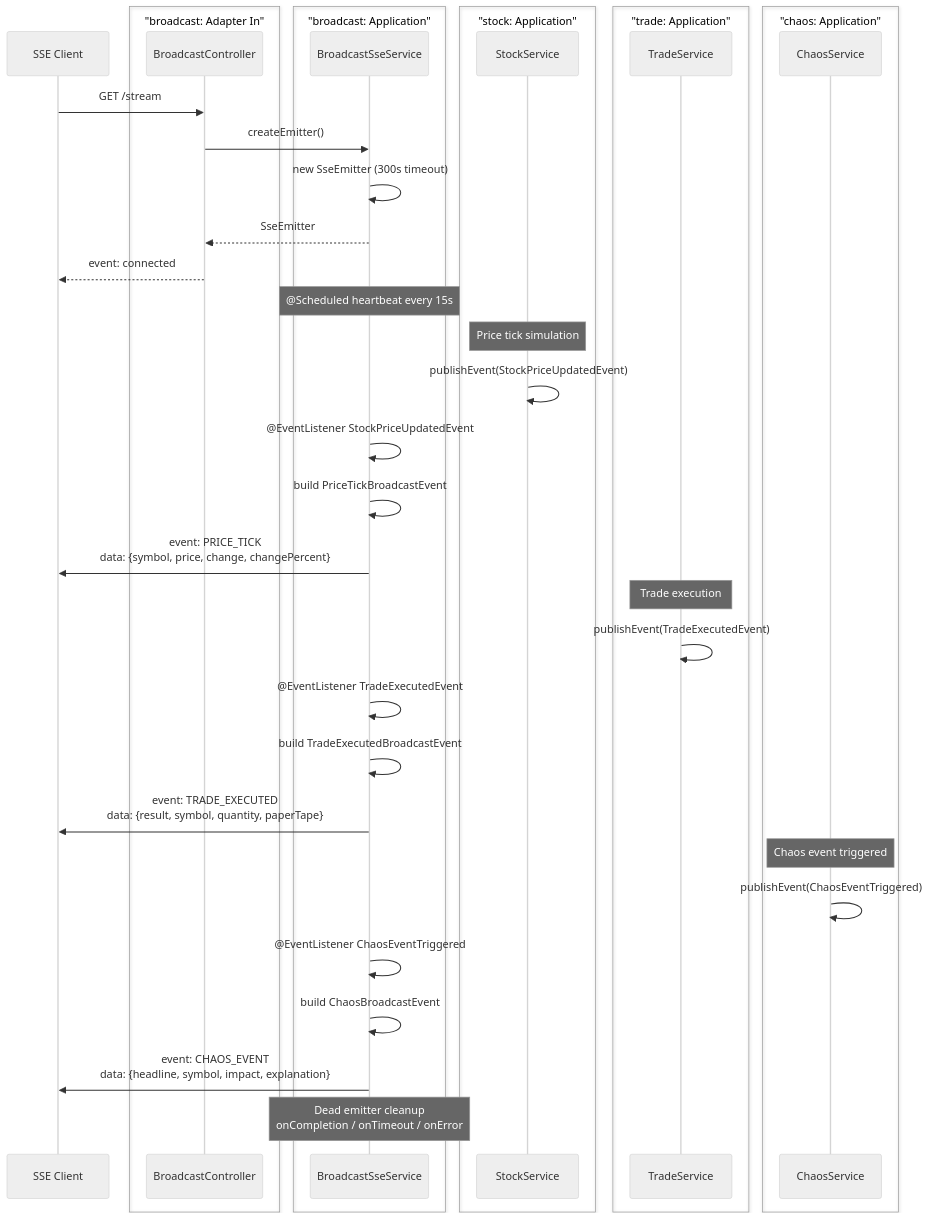
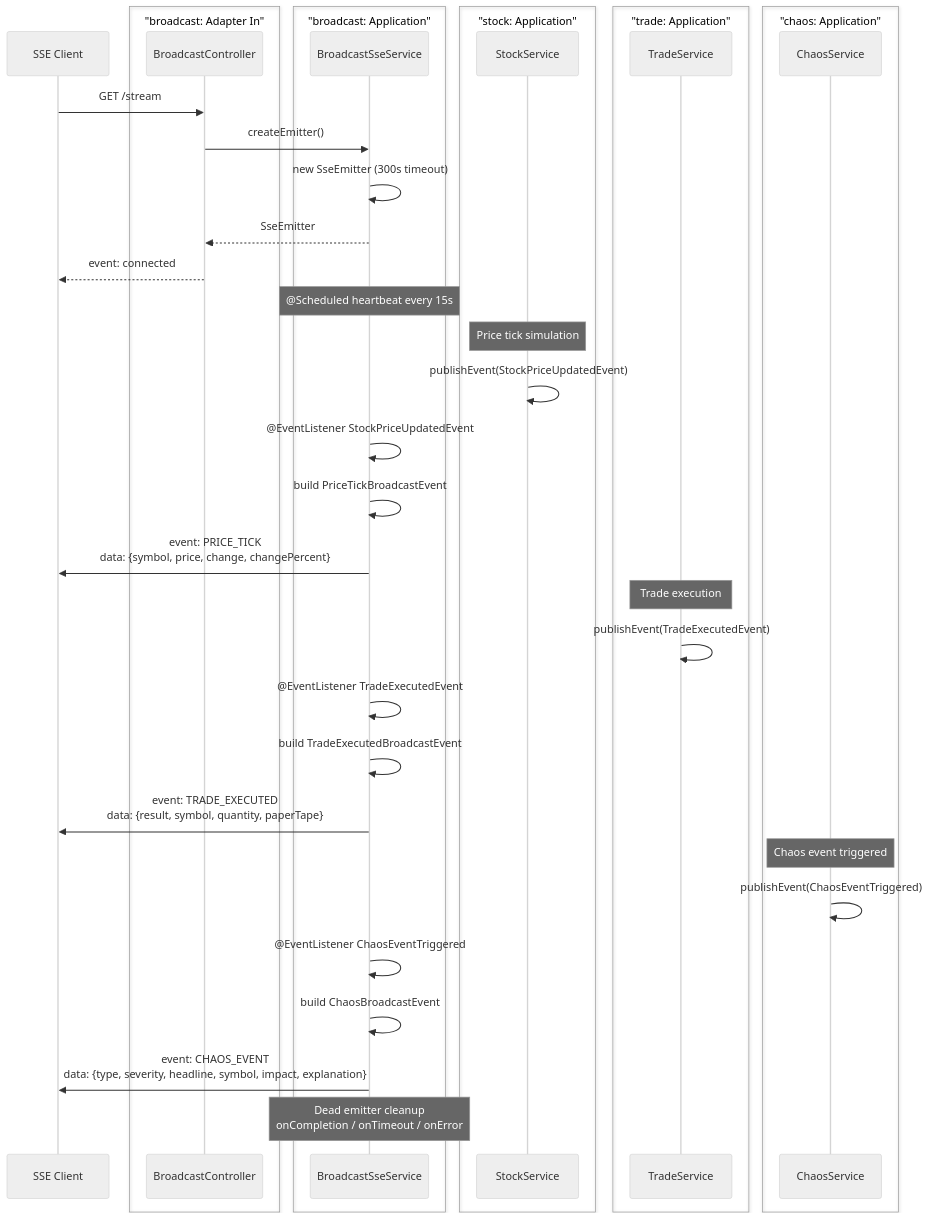
Before and after one commit to franBec/stonks-simulator: diagram 14 of 22 in stonks_java/README.md, drawn with Mermaid (neutral theme). The commit also changed other lines of this file, not shown here.

First line of the commit message:
docs: sync E2E flow diagrams with chaos event API changes

````diff
--- a/stonks_java/README.md
+++ b/stonks_java/README.md
@@ -712,47 +714,47 @@
 ```mermaid
 sequenceDiagram
     participant Client as SSE Client
     box "broadcast: Adapter In"
     participant BC as BroadcastController
     end
     box "broadcast: Application"
     participant BS as BroadcastSseService
     end
     box "stock: Application"
     participant SS as StockService
     end
     box "trade: Application"
     participant TS as TradeService
     end
     box "chaos: Application"
     participant CS as ChaosService
     end
 
     Client->>BC: GET /stream
     BC->>BS: createEmitter()
     BS->>BS: new SseEmitter (300s timeout)
     BS-->>BC: SseEmitter
     BC-->>Client: event: connected
 
     Note over BS: @Scheduled heartbeat every 15s
 
     Note over SS: Price tick simulation
     SS->>SS: publishEvent(StockPriceUpdatedEvent)
     BS->>BS: @EventListener StockPriceUpdatedEvent
     BS->>BS: build PriceTickBroadcastEvent
     BS->>Client: event: PRICE_TICK<br/>data: {symbol, price, change, changePercent}
 
     Note over TS: Trade execution
     TS->>TS: publishEvent(TradeExecutedEvent)
     BS->>BS: @EventListener TradeExecutedEvent
     BS->>BS: build TradeExecutedBroadcastEvent
     BS->>Client: event: TRADE_EXECUTED<br/>data: {result, symbol, quantity, paperTape}
 
     Note over CS: Chaos event triggered
     CS->>CS: publishEvent(ChaosEventTriggered)
     BS->>BS: @EventListener ChaosEventTriggered
     BS->>BS: build ChaosBroadcastEvent
-    BS->>Client: event: CHAOS_EVENT<br/>data: {headline, symbol, impact, explanation}
+    BS->>Client: event: CHAOS_EVENT<br/>data: {type, severity, headline, symbol, impact, explanation}
 
     Note over BS: Dead emitter cleanup<br/>onCompletion / onTimeout / onError
 ```
````
